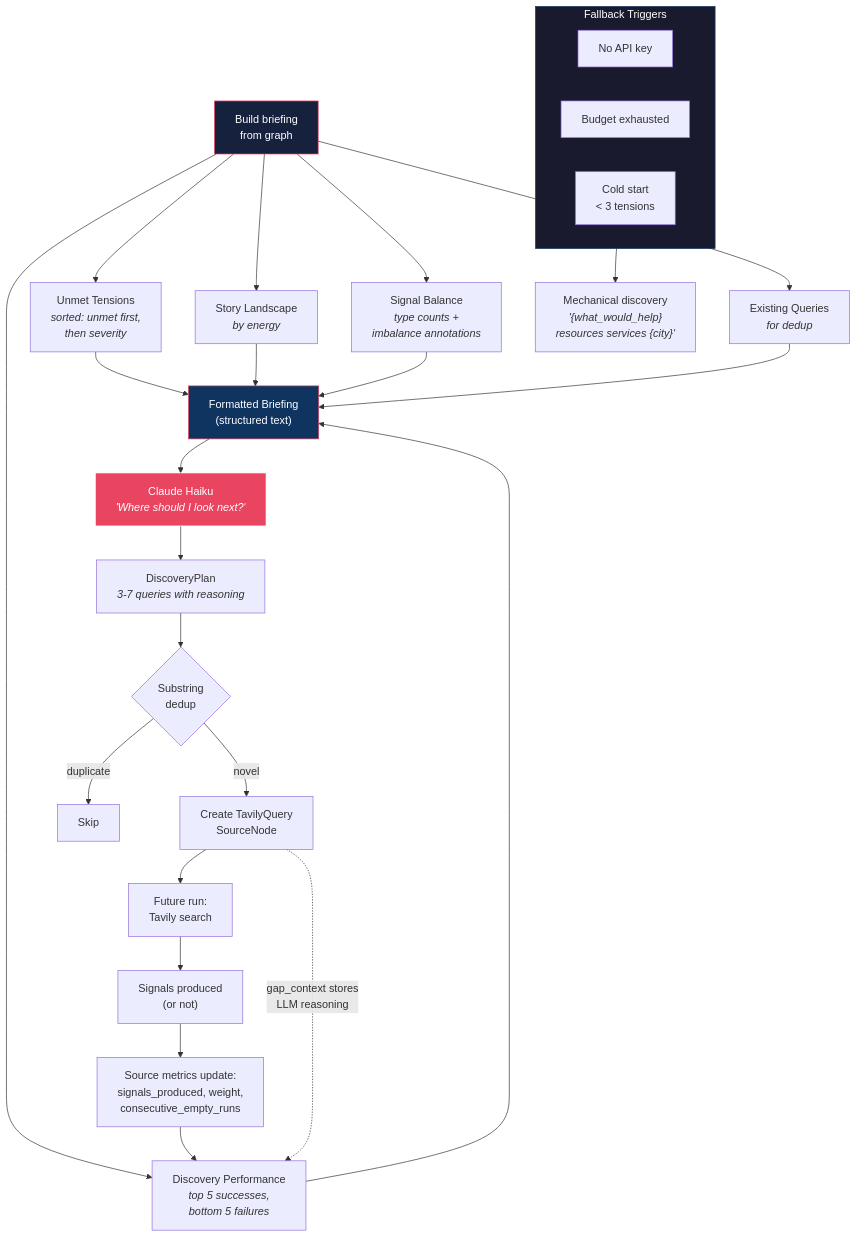
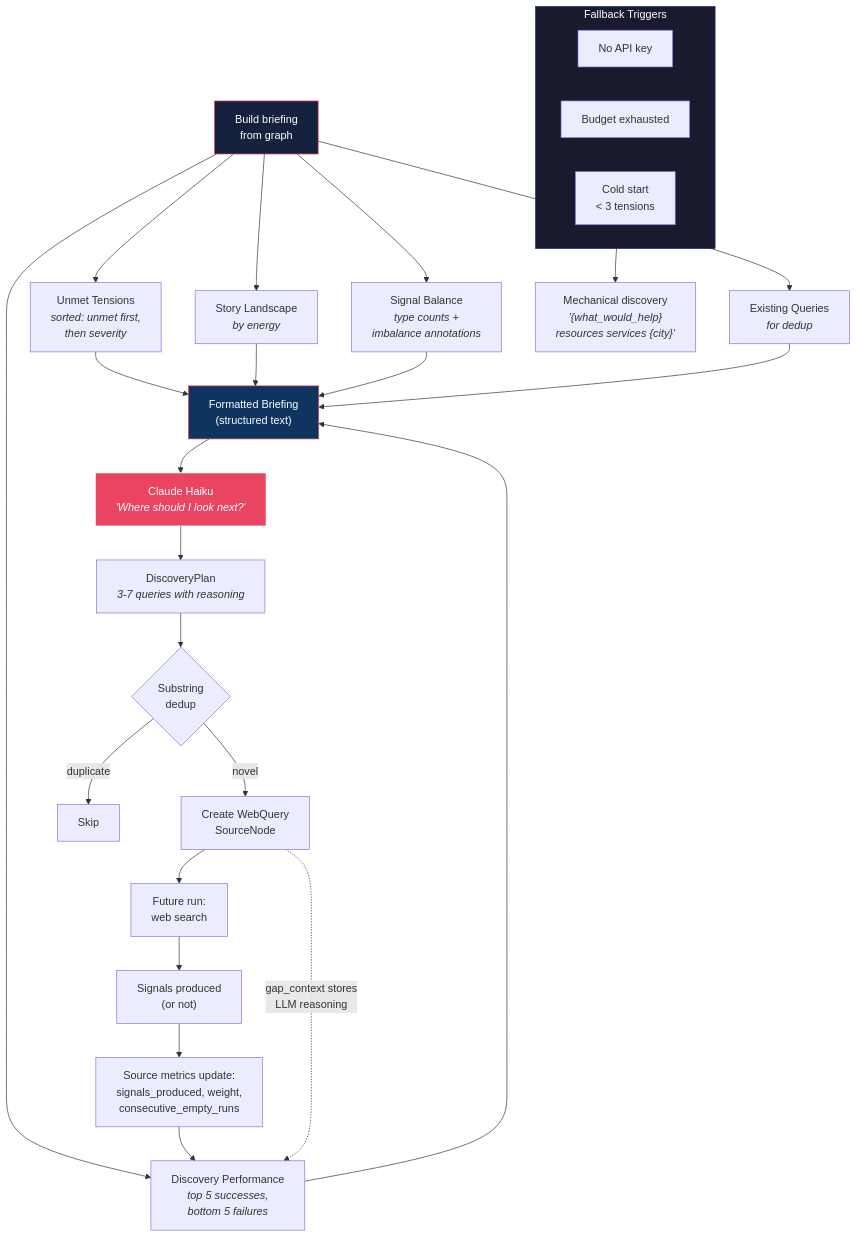
One commit to fourthplaces/rootsignal changed the fourth of 13 diagrams in docs/architecture/feedback-loops.md. Above: the diagram before and after it, drawn with Mermaid. The commit also changed other lines of this file and 45 other files, not shown here.

First line of the commit message:
feat: replace Tavily with Serper.dev for web search

````diff
--- a/docs/architecture/feedback-loops.md
+++ b/docs/architecture/feedback-loops.md
@@ -144,42 +144,42 @@
 ```mermaid
 flowchart TB
     Build["Build briefing<br/>from graph"] --> Tensions["Unmet Tensions<br/><i>sorted: unmet first,<br/>then severity</i>"]
     Build --> Stories["Story Landscape<br/><i>by energy</i>"]
     Build --> Balance["Signal Balance<br/><i>type counts +<br/>imbalance annotations</i>"]
     Build --> Performance["Discovery Performance<br/><i>top 5 successes,<br/>bottom 5 failures</i>"]
     Build --> Existing["Existing Queries<br/><i>for dedup</i>"]
 
     Tensions --> Prompt["Formatted Briefing<br/>(structured text)"]
     Stories --> Prompt
     Balance --> Prompt
     Performance --> Prompt
     Existing --> Prompt
 
     Prompt --> LLM["Claude Haiku<br/><i>'Where should I look next?'</i>"]
     LLM --> Plan["DiscoveryPlan<br/><i>3-7 queries with reasoning</i>"]
 
     Plan --> Dedup{"Substring<br/>dedup"}
-    Dedup -- novel --> Create["Create TavilyQuery<br/>SourceNode"]
+    Dedup -- novel --> Create["Create WebQuery<br/>SourceNode"]
     Dedup -- duplicate --> Skip["Skip"]
 
-    Create --> Search["Future run:<br/>Tavily search"]
+    Create --> Search["Future run:<br/>web search"]
     Search --> Signals["Signals produced<br/>(or not)"]
 
     Signals --> Metrics["Source metrics update:<br/>signals_produced, weight,<br/>consecutive_empty_runs"]
     Metrics --> Performance
 
     Create -.->|"gap_context stores<br/>LLM reasoning"| Performance
 
     subgraph Fallback ["Fallback Triggers"]
         F1["No API key"]
         F2["Budget exhausted"]
         F3["Cold start<br/>< 3 tensions"]
     end
 
     Fallback --> Mechanical["Mechanical discovery<br/><i>'{what_would_help}<br/>resources services {city}'</i>"]
 
     style Build fill:#16213e,stroke:#e94560,color:#fff
     style LLM fill:#e94560,stroke:#fff,color:#fff
     style Prompt fill:#0f3460,stroke:#e94560,color:#fff
     style Fallback fill:#1a1a2e,stroke:#0f3460,color:#fff
 ```
````
